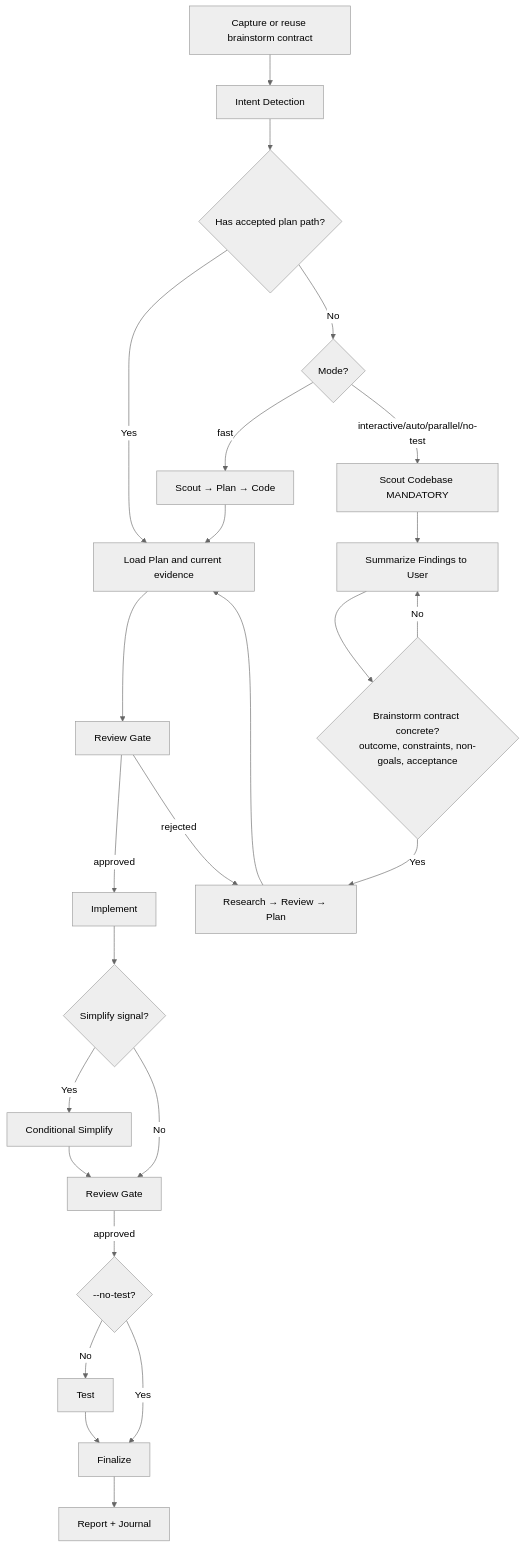
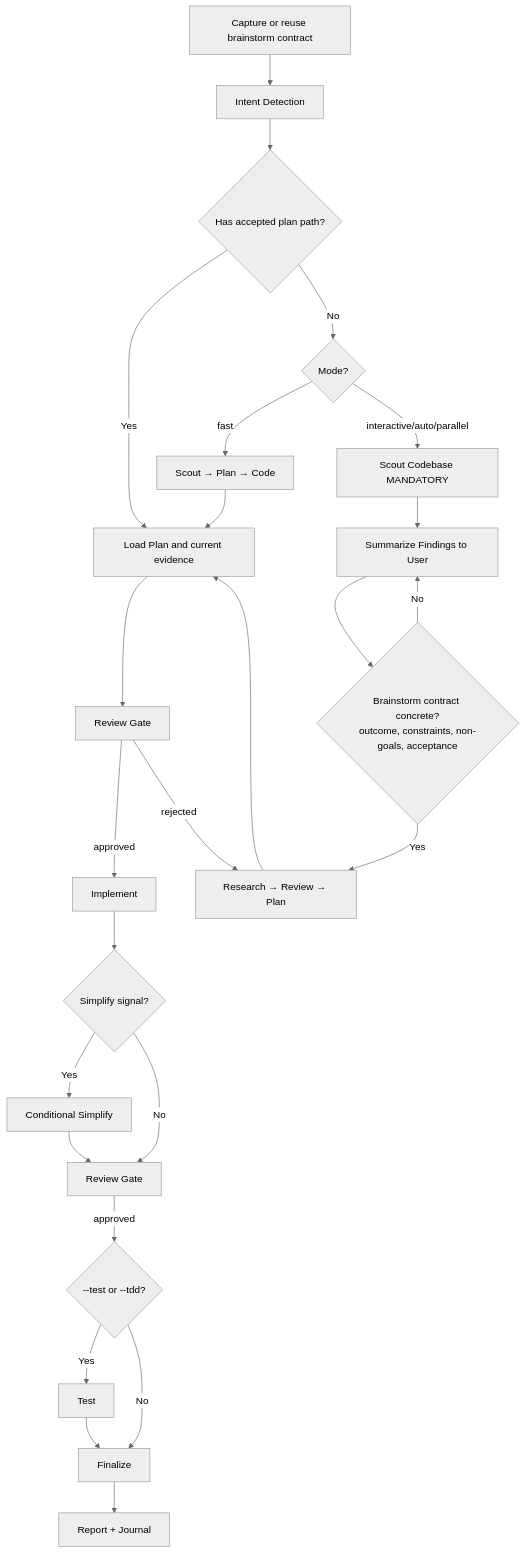
The diagram in plugins/athena/skills/exec/SKILL.md (olympusforce/athena), drawn with Mermaid (neutral theme) before and after one commit. The commit also changed other lines of this file and 15 other files, not shown here.

````diff
--- a/plugins/athena/skills/exec/SKILL.md
+++ b/plugins/athena/skills/exec/SKILL.md
@@ -175,27 +179,27 @@
 ```mermaid
 flowchart TD
     A[Capture or reuse brainstorm contract] --> A2[Intent Detection]
     A2 --> B{Has accepted plan path?}
     B -->|Yes| F[Load Plan and current evidence]
     B -->|No| C{Mode?}
     C -->|fast| D[Scout → Plan → Code]
-    C -->|interactive/auto/parallel/no-test| SC[Scout Codebase MANDATORY]
+    C -->|interactive/auto/parallel| SC[Scout Codebase MANDATORY]
     SC --> SR[Summarize Findings to User]
     SR --> RQ{Brainstorm contract concrete?<br/>outcome, constraints, non-goals, acceptance}
     RQ -->|No| SR
     RQ -->|Yes| E[Research → Review → Plan]
     E --> F
     D --> F
     F --> G[Review Gate]
     G -->|approved| H[Implement]
     G -->|rejected| E
     H --> H1{Simplify signal?}
     H1 -->|Yes| H2[Conditional Simplify]
     H1 -->|No| I[Review Gate]
     H2 --> I
-    I -->|approved| J{--no-test?}
-    J -->|No| K[Test]
-    J -->|Yes| L[Finalize]
+    I -->|approved| J{--test or --tdd?}
+    J -->|Yes| K[Test]
+    J -->|No| L[Finalize]
     K --> L
     L --> M[Report + Journal]
 ```
````
